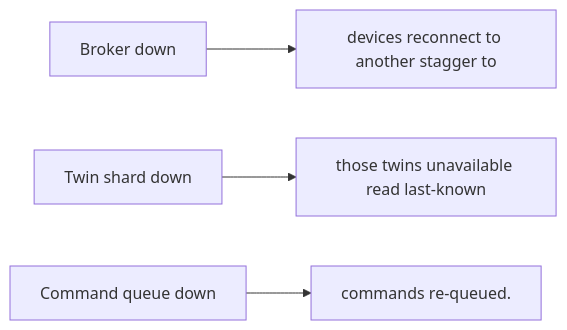
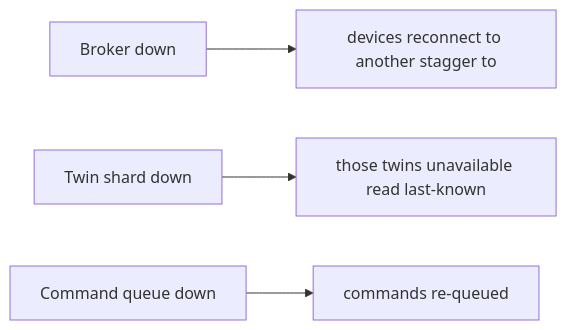
Before and after one commit to RIT-MESH/system-design-mastery: the third of 3 diagrams in case-studies/extreme/iot-platform.md, drawn with Mermaid. The commit also changed other lines of this file and 215 other files, not shown here.

First line of the commit message:
Complete all remaining work: expand case studies, add 13 AI case studies, fix diagrams, status to Complete

````diff
--- a/case-studies/extreme/iot-platform.md
+++ b/case-studies/extreme/iot-platform.md
@@ -30,13 +36,13 @@
 ```mermaid
 %% created-for: system-design-mastery
 flowchart LR
   C1["Broker down"]
   R2["devices reconnect to another stagger to"]
   C1 --> R2
   C3["Twin shard down"]
   R4["those twins unavailable read last-known"]
   C3 --> R4
   C5["Command queue down"]
-  R6["commands re-queued."]
+  R6["commands re-queued"]
   C5 --> R6
 ```
````
